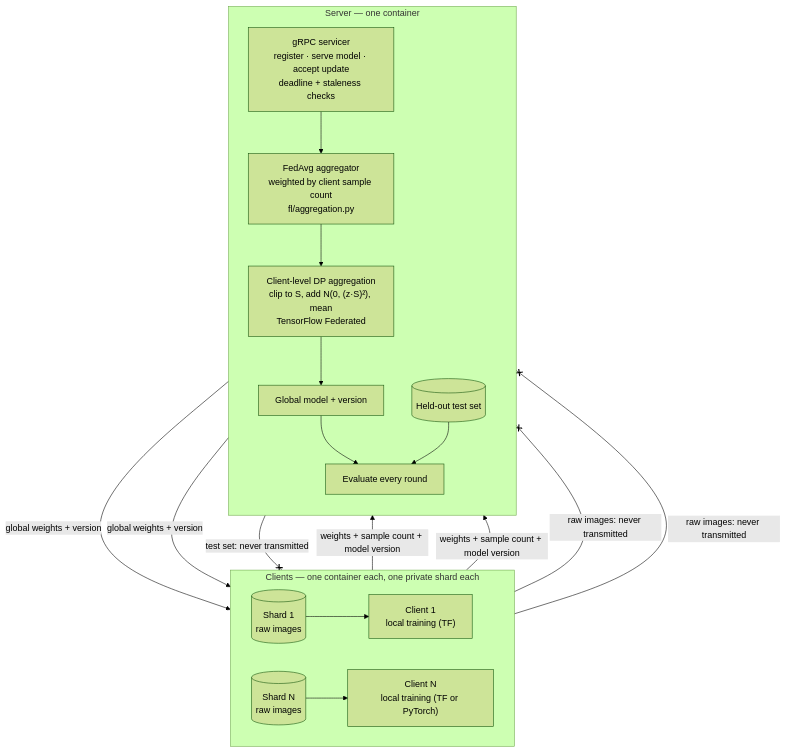
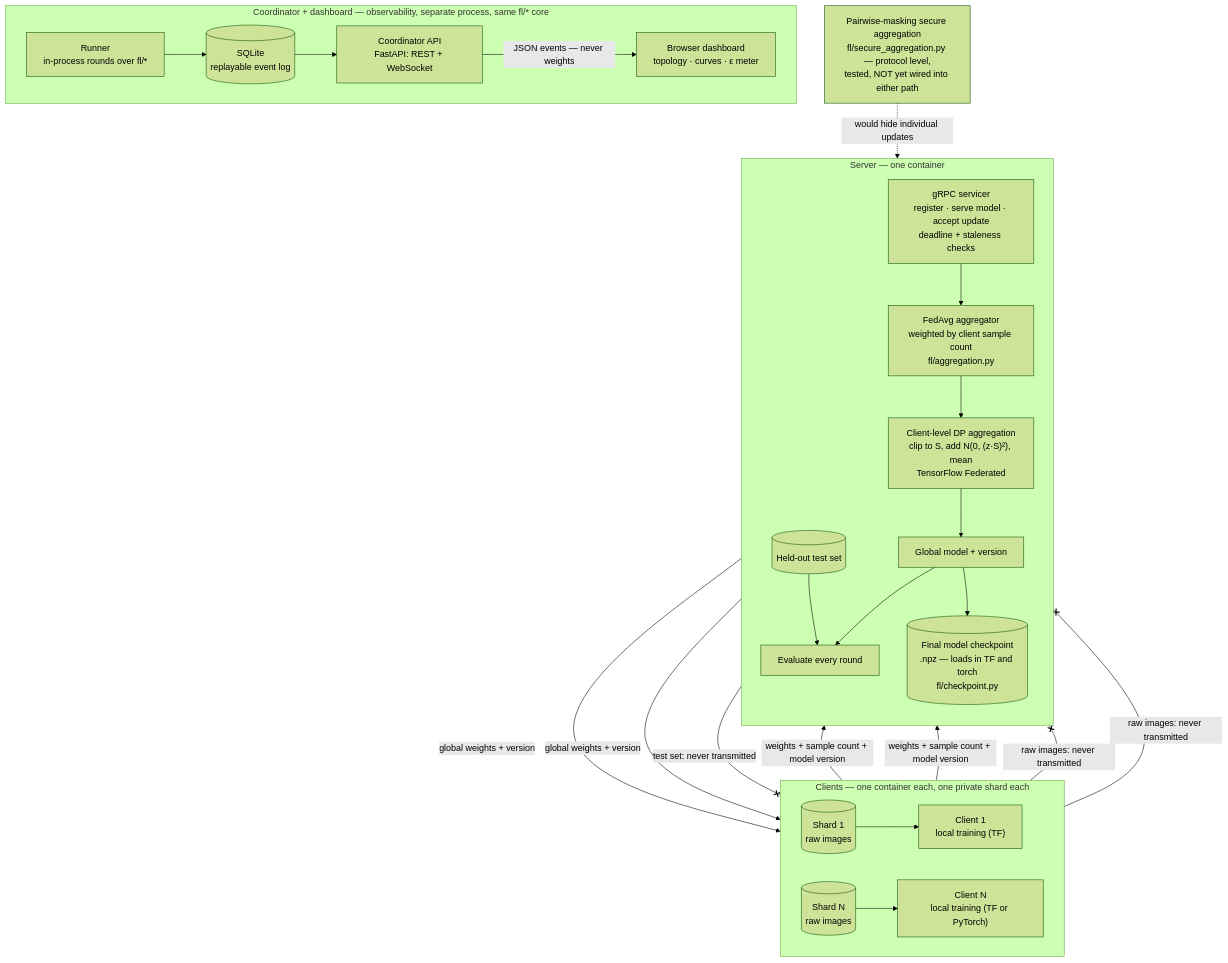
Before and after one commit to shAsh-cy/distributed-federated-framework-model-pt2: the diagram in README.md, drawn with Mermaid (forest theme). The commit also changed other lines of this file and 1 other file, not shown here.

First line of the commit message:
docs(release): the v0.2 front door - architecture.md, headlines, the recording

````diff
--- a/README.md
+++ b/README.md
@@ -46,36 +71,51 @@
 ```mermaid
 flowchart TB
     subgraph clients["Clients — one container each, one private shard each"]
         direction LR
         D1[("Shard 1<br/>raw images")]
         C1["Client 1<br/>local training (TF)"]
         DN[("Shard N<br/>raw images")]
         CN["Client N<br/>local training (TF or PyTorch)"]
         D1 --> C1
         DN --> CN
     end
 
     subgraph server["Server — one container"]
         direction TB
         RX["gRPC servicer<br/>register · serve model · accept update<br/>deadline + staleness checks"]
         AGG["FedAvg aggregator<br/>weighted by client sample count<br/>fl/aggregation.py"]
         DP["Client-level DP aggregation<br/>clip to S, add N(0, (z·S)²), mean<br/>TensorFlow Federated"]
         GM["Global model + version"]
         TEST[("Held-out test set")]
         EV["Evaluate every round"]
         RX --> AGG
         AGG --> DP
         DP --> GM
         GM --> EV
         TEST --> EV
+        GM --> CKPT[("Final model checkpoint<br/>.npz — loads in TF and torch<br/>fl/checkpoint.py")]
     end
+
+    subgraph obs["Coordinator + dashboard — observability, separate process, same fl/* core"]
+        direction LR
+        RN["Runner<br/>in-process rounds over fl/*"]
+        DB[("SQLite<br/>replayable event log")]
+        API["Coordinator API<br/>FastAPI: REST + WebSocket"]
+        UI["Browser dashboard<br/>topology · curves · ε meter"]
+        RN --> DB
+        DB --> API
+        API -->|"JSON events — never weights"| UI
+    end
+
+    SEC["Pairwise-masking secure aggregation<br/>fl/secure_aggregation.py — protocol level,<br/>tested, NOT yet wired into either path"]
+    SEC -.->|"would hide individual updates"| AGG
 
     C1 -->|"weights + sample count + model version"| RX
     CN -->|"weights + sample count + model version"| RX
     GM -->|"global weights + version"| C1
     GM -->|"global weights + version"| CN
 
     D1 --x|"raw images: never transmitted"| server
     DN --x|"raw images: never transmitted"| server
     TEST --x|"test set: never transmitted"| clients
 ```
````
